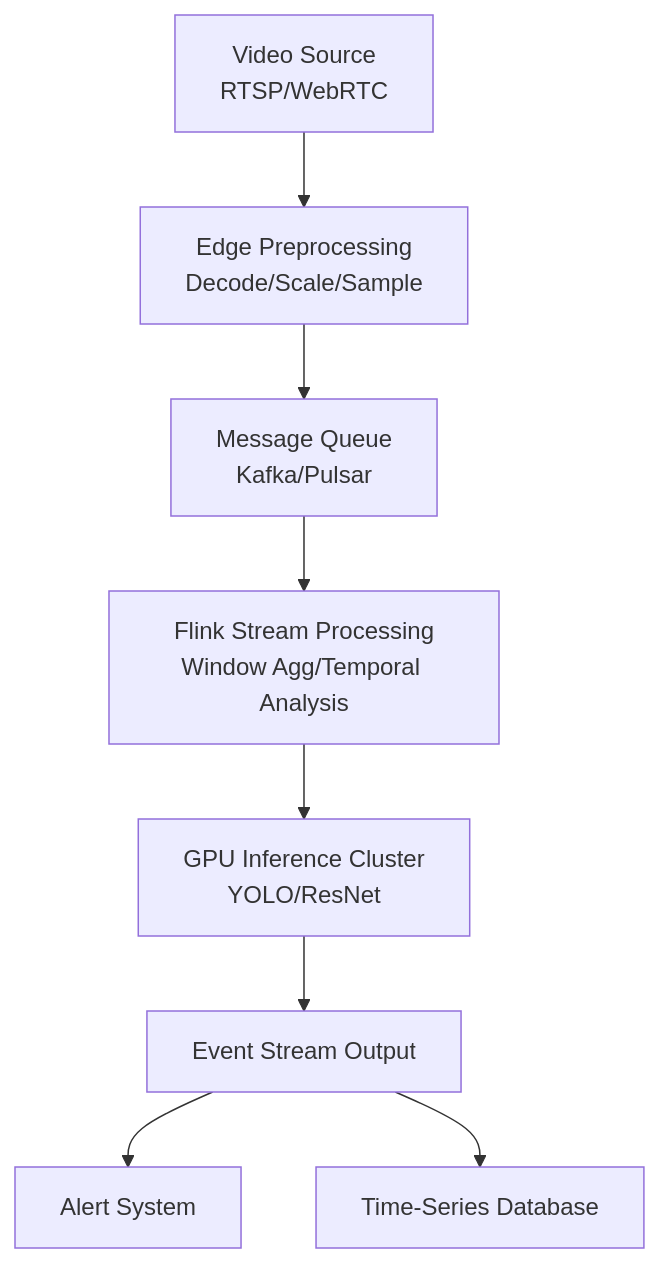
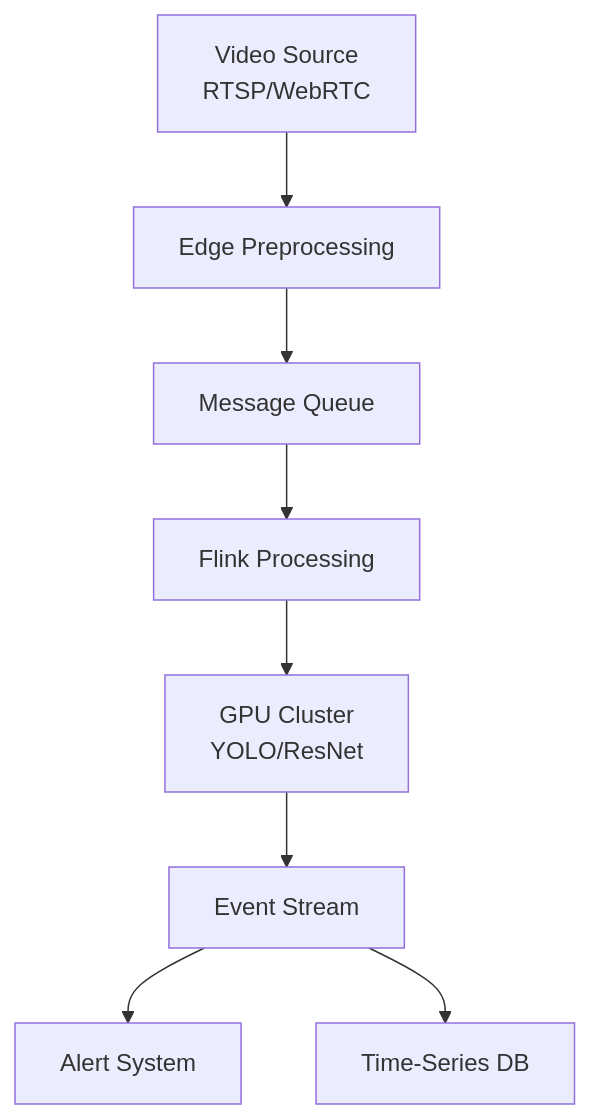
One commit to AdaMartin18010/AnalysisDataFlow changed the diagram in en/video-stream-analytics.md. Above: the diagram before and after it, drawn with Mermaid. The commit also changed other lines of this file and 38 other files, not shown here.

````diff
--- a/en/video-stream-analytics.md
+++ b/en/video-stream-analytics.md
@@ -37,10 +59,10 @@
 ```mermaid
 graph TB
-    Source[Video Source<br/>RTSP/WebRTC] --> Edge[Edge Preprocessing<br/>Decode/Scale/Sample]
-    Edge --> Kafka[Message Queue<br/>Kafka/Pulsar]
-    Kafka --> Flink[Flink Stream Processing<br/>Window Agg/Temporal Analysis]
-    Flink --> GPU[GPU Inference Cluster<br/>YOLO/ResNet]
-    GPU --> Event[Event Stream Output]
+    Source[Video Source<br/>RTSP/WebRTC] --> Edge[Edge Preprocessing]
+    Edge --> Kafka[Message Queue]
+    Kafka --> Flink[Flink Processing]
+    Flink --> GPU[GPU Cluster<br/>YOLO/ResNet]
+    GPU --> Event[Event Stream]
     Event --> Alert[Alert System]
-    Event --> Storage[Time-Series Database]
+    Event --> Storage[Time-Series DB]
 ```
````
